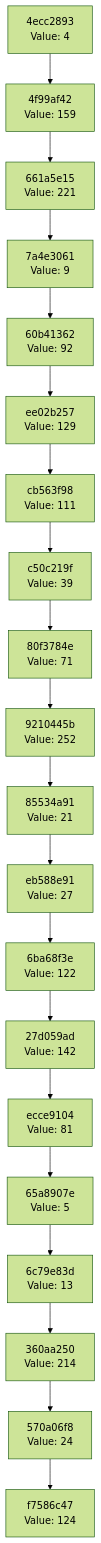
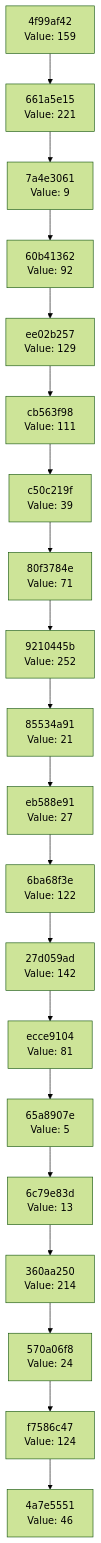
One commit to Abhisheksinha1506/hash-chain-evolver changed the diagram in docs/CHAIN_VISUALIZATION.md. Above: the diagram before and after it, drawn with Mermaid (forest theme). The commit also changed 2 other files, not shown here.

Commit message:
Evolution step: hash 0x2E → action executed

````diff
--- a/docs/CHAIN_VISUALIZATION.md
+++ b/docs/CHAIN_VISUALIZATION.md
@@ -3,42 +3,42 @@
 ```mermaid
 graph TD
-    C0["f7586c47<br/>Value: 124"]
-    C1["570a06f8<br/>Value: 24"]
+    C0["4a7e5551<br/>Value: 46"]
+    C1["f7586c47<br/>Value: 124"]
     C1 --> C0
-    C2["360aa250<br/>Value: 214"]
+    C2["570a06f8<br/>Value: 24"]
     C2 --> C1
-    C3["6c79e83d<br/>Value: 13"]
+    C3["360aa250<br/>Value: 214"]
     C3 --> C2
-    C4["65a8907e<br/>Value: 5"]
+    C4["6c79e83d<br/>Value: 13"]
     C4 --> C3
-    C5["ecce9104<br/>Value: 81"]
+    C5["65a8907e<br/>Value: 5"]
     C5 --> C4
-    C6["27d059ad<br/>Value: 142"]
+    C6["ecce9104<br/>Value: 81"]
     C6 --> C5
-    C7["6ba68f3e<br/>Value: 122"]
+    C7["27d059ad<br/>Value: 142"]
     C7 --> C6
-    C8["eb588e91<br/>Value: 27"]
+    C8["6ba68f3e<br/>Value: 122"]
     C8 --> C7
-    C9["85534a91<br/>Value: 21"]
+    C9["eb588e91<br/>Value: 27"]
     C9 --> C8
-    C10["9210445b<br/>Value: 252"]
+    C10["85534a91<br/>Value: 21"]
     C10 --> C9
-    C11["80f3784e<br/>Value: 71"]
+    C11["9210445b<br/>Value: 252"]
     C11 --> C10
-    C12["c50c219f<br/>Value: 39"]
+    C12["80f3784e<br/>Value: 71"]
     C12 --> C11
-    C13["cb563f98<br/>Value: 111"]
+    C13["c50c219f<br/>Value: 39"]
     C13 --> C12
-    C14["ee02b257<br/>Value: 129"]
+    C14["cb563f98<br/>Value: 111"]
     C14 --> C13
-    C15["60b41362<br/>Value: 92"]
+    C15["ee02b257<br/>Value: 129"]
     C15 --> C14
-    C16["7a4e3061<br/>Value: 9"]
+    C16["60b41362<br/>Value: 92"]
     C16 --> C15
-    C17["661a5e15<br/>Value: 221"]
+    C17["7a4e3061<br/>Value: 9"]
     C17 --> C16
-    C18["4f99af42<br/>Value: 159"]
+    C18["661a5e15<br/>Value: 221"]
     C18 --> C17
-    C19["4ecc2893<br/>Value: 4"]
+    C19["4f99af42<br/>Value: 159"]
     C19 --> C18
 ```
````
